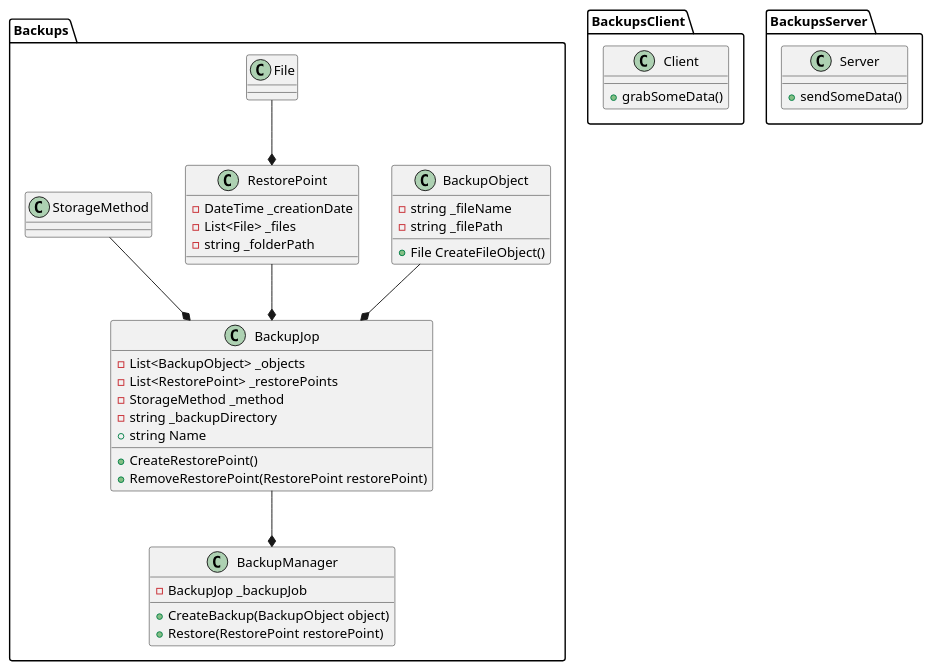
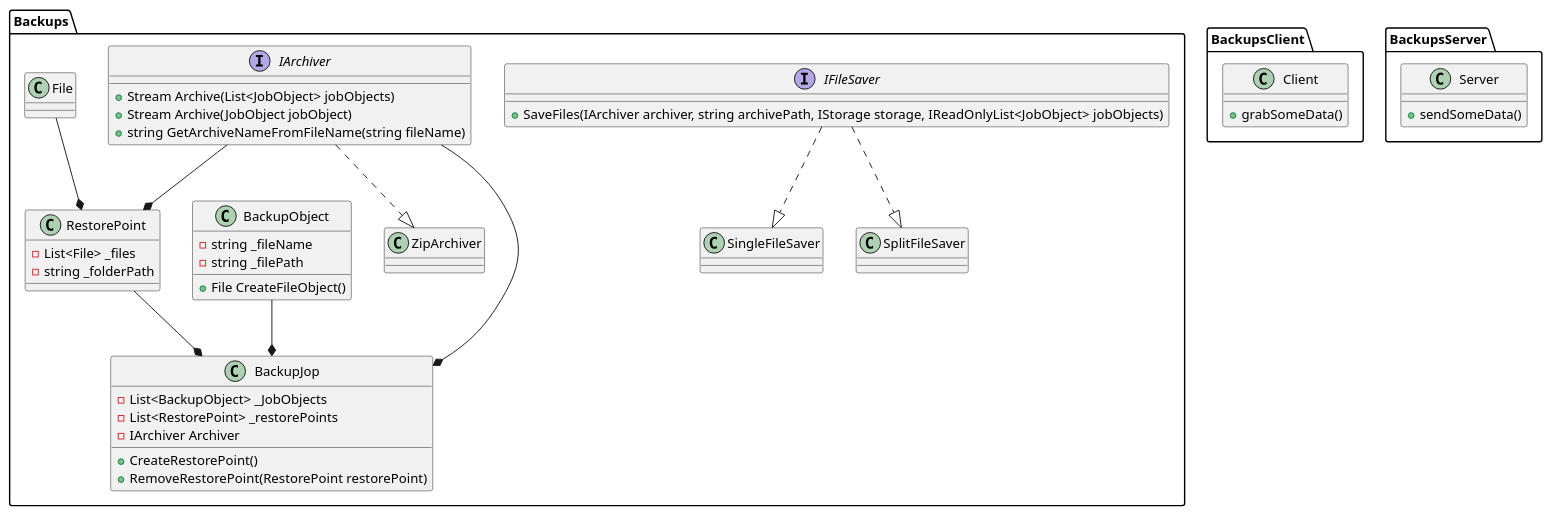
The diagram in Backups/UML.puml (Serelllka/OOPLabs), drawn with PlantUML before and after one commit. The commit also changed 5 other files, not shown here.

Commit message:
fix: fixes UML

```diff
--- a/Backups/UML.puml
+++ b/Backups/UML.puml
@@ -1,53 +1,62 @@
 @startuml
 
+interface Backups.IFileSaver
+{
+    +SaveFiles(IArchiver archiver, string archivePath, IStorage storage, IReadOnlyList<JobObject> jobObjects)
+}
+
+interface Backups.IArchiver
+{
+    +Stream Archive(List<JobObject> jobObjects)
+    +Stream Archive(JobObject jobObject)
+    +string GetArchiveNameFromFileName(string fileName)
+}
+
+class Backups.ZipArchiver
+{
+}
 
 class Backups.RestorePoint
 {
-    -DateTime _creationDate
     -List<File> _files
     -string _folderPath
 }
 
 class Backups.BackupObject
 {
     -string _fileName
     -string _filePath
     +File CreateFileObject()
 }
 
 class Backups.BackupJop
 {
-    -List<BackupObject> _objects
+    -List<BackupObject> _JobObjects
     -List<RestorePoint> _restorePoints
-    -StorageMethod _method
-    -string _backupDirectory
-    +string Name
+    -IArchiver Archiver
     
     +CreateRestorePoint()
     +RemoveRestorePoint(RestorePoint restorePoint)
-}
-
-class Backups.BackupManager
-{
-    -BackupJop _backupJob
-    +CreateBackup(BackupObject object)
-    +Restore(RestorePoint restorePoint)
 }
 
 class BackupsClient.Client
 {
     +grabSomeData()
 }
 
 class BackupsServer.Server
 {
     +sendSomeData()
 }
 
+Backups.IArchiver ..|> Backups.ZipArchiver
+Backups.IFileSaver ..|> Backups.SingleFileSaver
+Backups.IFileSaver ..|> Backups.SplitFileSaver
+
+Backups.IArchiver --* Backups.RestorePoint
+Backups.IArchiver --* Backups.BackupJop
 Backups.BackupObject --* Backups.BackupJop
+Backups.RestorePoint --* Backups.BackupJop
 Backups.File --* Backups.RestorePoint
-Backups.RestorePoint --* Backups.BackupJop
-Backups.BackupJop --* Backups.BackupManager
-Backups.StorageMethod --* Backups.BackupJop
 
 @enduml
```
